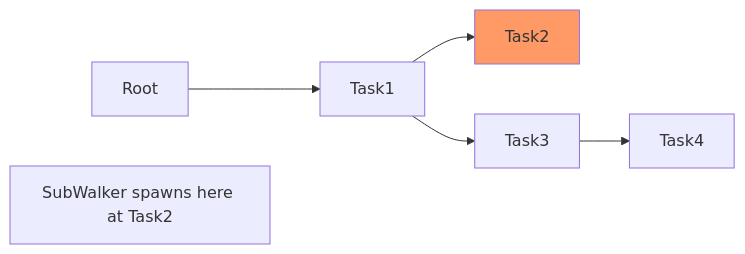
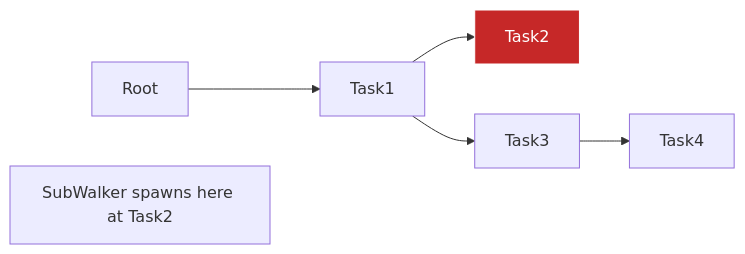
Before and after one commit to specialized806/jaseci: the second of 3 diagrams in jac/examples/reference/object_spatial_calls.md, drawn with Mermaid. The commit also changed 13 other files, not shown here.

Commit message:
imporve spec diagram styles

````diff
--- a/jac/examples/reference/object_spatial_calls.md
+++ b/jac/examples/reference/object_spatial_calls.md
@@ -88,11 +88,11 @@
 ```mermaid
 graph LR
     R[Root] --> T1[Task1]
     T1 --> T2[Task2]
     T1 --> T3[Task3]
     T3 --> T4[Task4]
 
-    style T2 fill:#f96
+    style T2 fill:#c62828,stroke:#fff,color:#fff
 
     Note[SubWalker spawns here at Task2]
 ```
````
